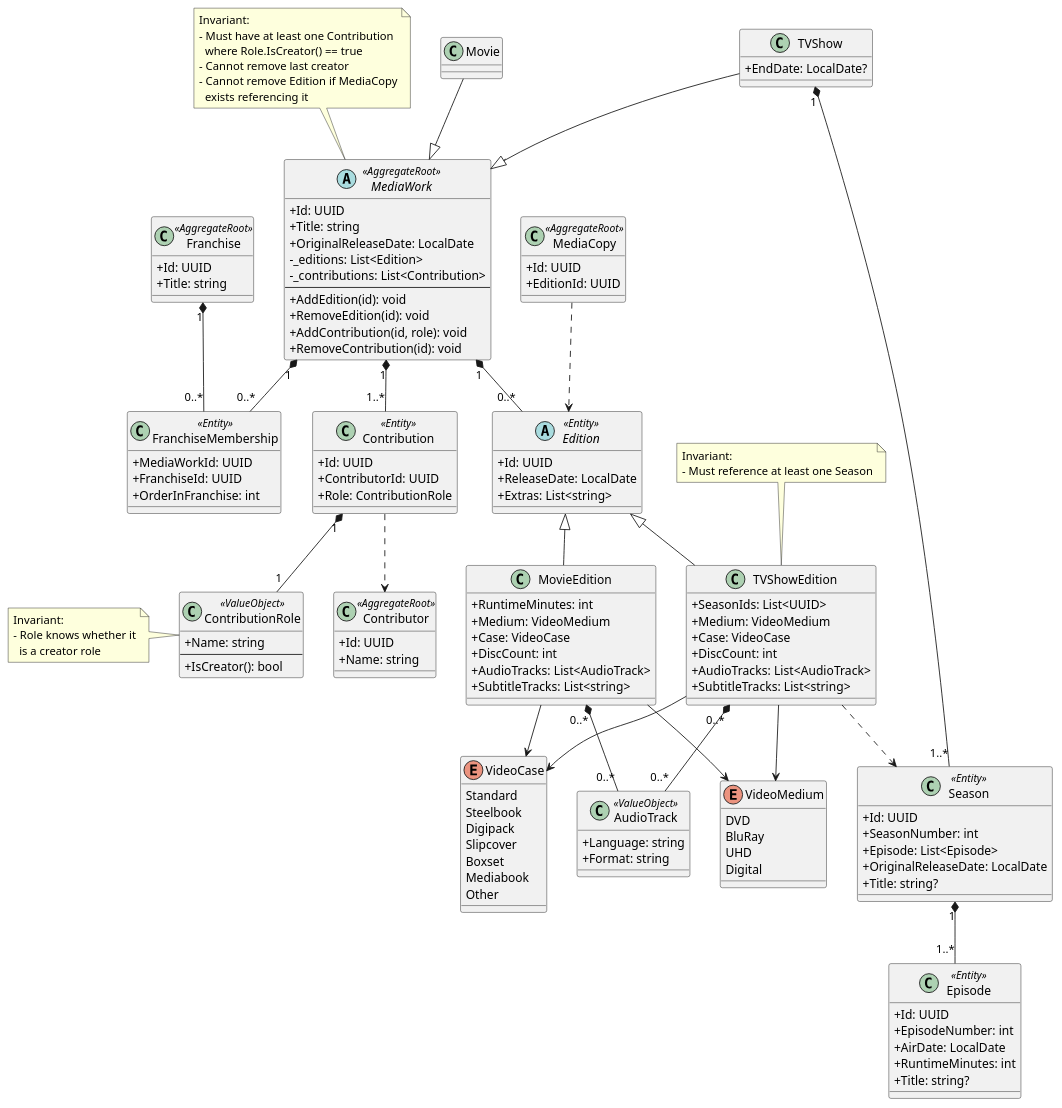
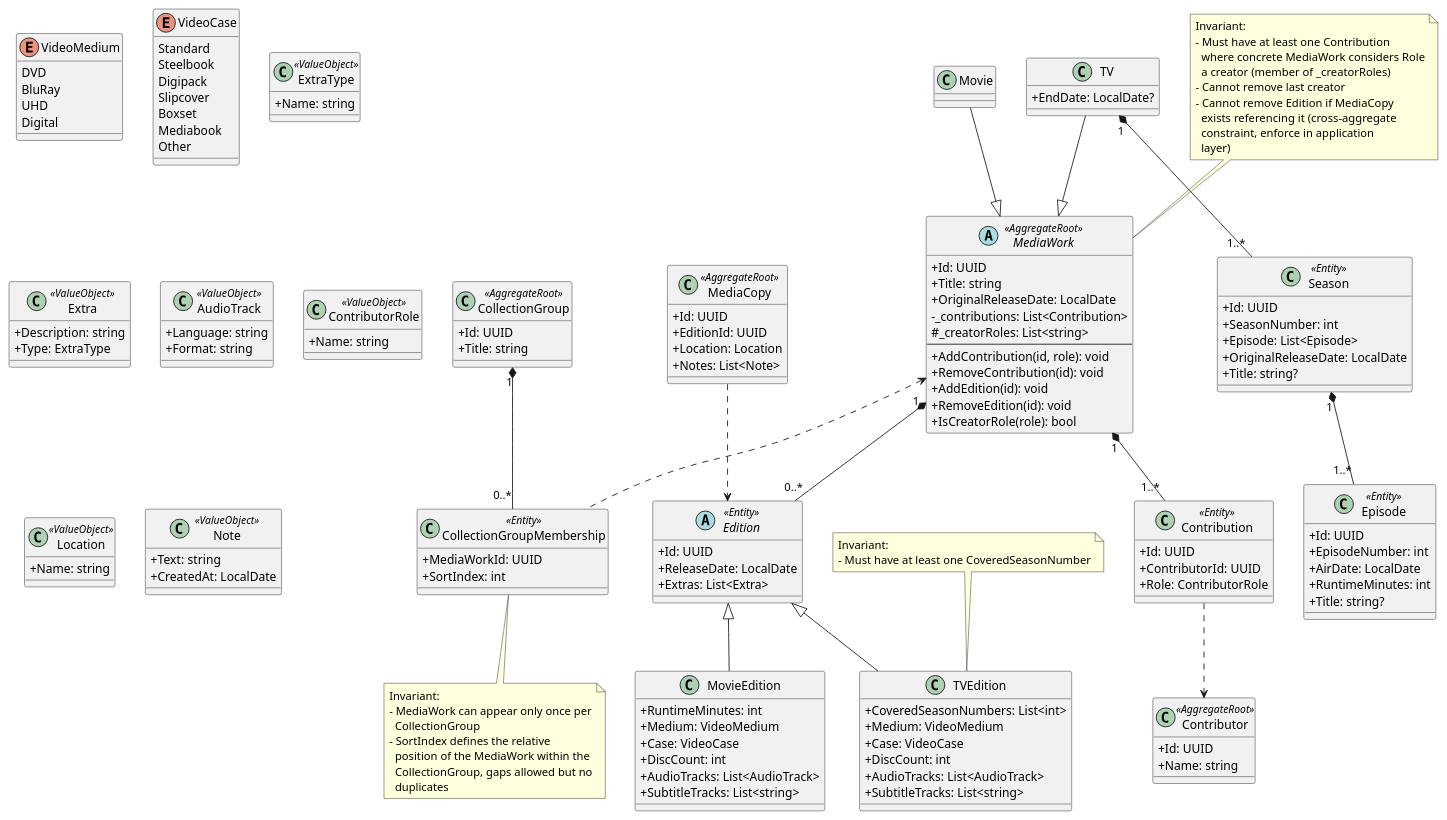
One commit to yantue/colleq changed the diagram in docs/uml/domain-work.puml. Above: the diagram before and after it, drawn with PlantUML.

Commit message:
docs: Update core domain model for clarity and Add more ValueObjects

```diff
--- a/docs/uml/domain-work.puml
+++ b/docs/uml/domain-work.puml
@@ -1,167 +1,182 @@
 @startuml
 skinparam classAttributeIconSize 0
 
-class Franchise <<AggregateRoot>> {
+enum VideoMedium {
+    DVD
+    BluRay
+    UHD
+    Digital
+}
+
+enum VideoCase {
+    Standard
+    Steelbook
+    Digipack
+    Slipcover
+    Boxset
+    Mediabook
+    Other
+}
+
+class CollectionGroup <<AggregateRoot>> {
     +Id: UUID
     +Title: string
 }
 
-class FranchiseMembership <<Entity>> {
+class CollectionGroupMembership <<Entity>> {
     +MediaWorkId: UUID
-    +FranchiseId: UUID
-    +OrderInFranchise: int
+    +SortIndex: int
 }
 
 abstract class MediaWork <<AggregateRoot>> {
     +Id: UUID
     +Title: string
     +OriginalReleaseDate: LocalDate
-    -_editions: List<Edition>
     -_contributions: List<Contribution>
+    #_creatorRoles: List<string>
     --
+    +AddContribution(id, role): void
+    +RemoveContribution(id): void
     +AddEdition(id): void
     +RemoveEdition(id): void
-    +AddContribution(id, role): void
-    +RemoveContribution(id): void
+    +IsCreatorRole(role): bool
 }
 
 class Movie
-class TVShow {
+class TV {
     +EndDate: LocalDate?
+}
+
+class ExtraType <<ValueObject>> {
+    +Name: string
+}
+
+class Extra <<ValueObject>> {
+    +Description: string
+    +Type: ExtraType
 }
 
 abstract class Edition <<Entity>> {
     +Id: UUID
     +ReleaseDate: LocalDate
-    +Extras: List<string>
+    +Extras: List<Extra>
 }
 
 class MovieEdition {
     +RuntimeMinutes: int
     +Medium: VideoMedium
     +Case: VideoCase
     +DiscCount: int
     +AudioTracks: List<AudioTrack>
     +SubtitleTracks: List<string>
 }
 
 class Episode <<Entity>> {
     +Id: UUID
     +EpisodeNumber: int
     +AirDate: LocalDate
     +RuntimeMinutes: int
     +Title: string?
 }
 
 class Season <<Entity>> {
     +Id: UUID
     +SeasonNumber: int
     +Episode: List<Episode>
     +OriginalReleaseDate: LocalDate
     +Title: string?
 }
 
 Season "1" *-- "1..*" Episode
 
-class TVShowEdition {
-    +SeasonIds: List<UUID>
+class TVEdition {
+    +CoveredSeasonNumbers: List<int>
     +Medium: VideoMedium
     +Case: VideoCase
     +DiscCount: int
     +AudioTracks: List<AudioTrack>
     +SubtitleTracks: List<string>
 }
 
-enum VideoMedium {
-    DVD
-    BluRay
-    UHD
-    Digital
-}
-
-enum VideoCase {
-    Standard
-    Steelbook
-    Digipack
-    Slipcover
-    Boxset
-    Mediabook
-    Other
-}
-
 class AudioTrack <<ValueObject>> {
     +Language: string
     +Format: string
 }
 
-Franchise "1" *-- "0..*" FranchiseMembership
+CollectionGroup "1" *-- "0..*" CollectionGroupMembership
 
-MediaWork "1" *-- "0..*" FranchiseMembership
+MediaWork <.. CollectionGroupMembership
 MediaWork "1" *-- "0..*" Edition
 
 Movie --|> MediaWork
-TVShow --|> MediaWork
+TV --|> MediaWork
 
 Edition <|-- MovieEdition
-Edition <|-- TVShowEdition
+Edition <|-- TVEdition
 
-MovieEdition "0..*" *-- "0..*" AudioTrack
-MovieEdition --> VideoMedium
-MovieEdition --> VideoCase
-
-TVShow "1" *-- "1..*" Season
-
-TVShowEdition ..> Season
-TVShowEdition "0..*" *-- "0..*" AudioTrack
-TVShowEdition --> VideoMedium
-TVShowEdition --> VideoCase
+TV "1" *-- "1..*" Season
 
 class Contributor <<AggregateRoot>> {
     +Id: UUID
     +Name: string
 }
 
-class ContributionRole <<ValueObject>> {
+class ContributorRole <<ValueObject>> {
     +Name: string
-    --
-    +IsCreator(): bool
 }
-
-note left of ContributionRole
-Invariant:
-- Role knows whether it
-  is a creator role
-end note
 
 class Contribution <<Entity>> {
     +Id: UUID
     +ContributorId: UUID
-    +Role: ContributionRole
+    +Role: ContributorRole
 }
 
 MediaWork "1" *-- "1..*" Contribution
-Contribution "1" *-- "1" ContributionRole
 Contribution ..> Contributor
 
 note top of MediaWork
 Invariant:
 - Must have at least one Contribution
-  where Role.IsCreator() == true
+  where concrete MediaWork considers Role
+  a creator (member of _creatorRoles)
 - Cannot remove last creator
 - Cannot remove Edition if MediaCopy
-  exists referencing it
+  exists referencing it (cross-aggregate
+  constraint, enforce in application
+  layer)
 end note
 
-note top of TVShowEdition
+note top of TVEdition
 Invariant:
-- Must reference at least one Season
+- Must have at least one CoveredSeasonNumber
 end note
+
+note bottom of CollectionGroupMembership
+Invariant:
+- MediaWork can appear only once per
+  CollectionGroup
+- SortIndex defines the relative
+  position of the MediaWork within the
+  CollectionGroup, gaps allowed but no
+  duplicates
+end note
+
+class Location <<ValueObject>> {
+    +Name: string
+}
+
+class Note <<ValueObject>> {
+    +Text: string
+    +CreatedAt: LocalDate
+}
 
 class MediaCopy <<AggregateRoot>> {
     +Id: UUID
     +EditionId: UUID
+    +Location: Location
+    +Notes: List<Note>
 }
 
 MediaCopy ..> Edition
 
 @enduml
```
